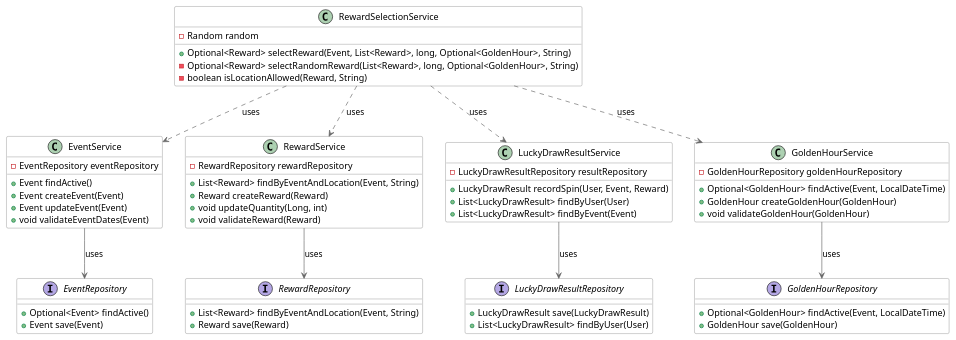
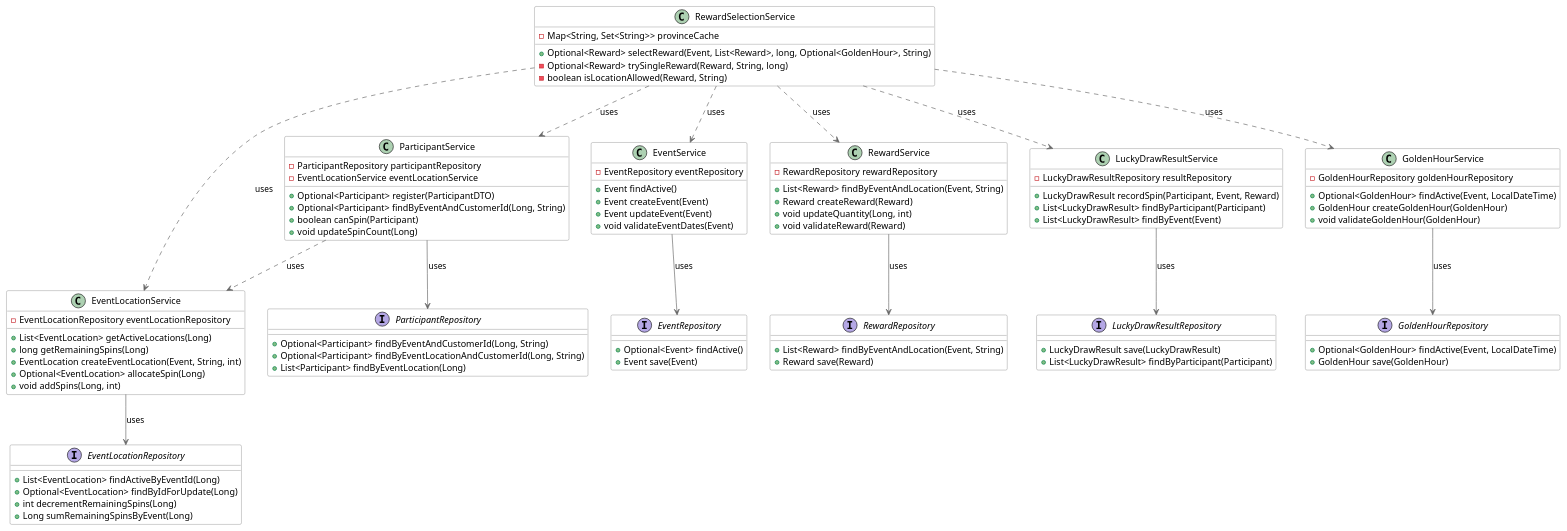
One commit to dnguyenminh/luckydraw-cline changed the diagram in src/main/resources/diagram/services.puml. Above: the diagram before and after it, drawn with PlantUML. The commit also changed 57 other files, not shown here.

```diff
--- a/src/main/resources/diagram/services.puml
+++ b/src/main/resources/diagram/services.puml
@@ -1,79 +1,115 @@
 @startuml Luckydraw Services
 
 ' Style settings
 skinparam class {
     BackgroundColor white
     ArrowColor #666666
     BorderColor #666666
 }
 
 ' Services and Components
 class RewardSelectionService {
-    -Random random
+    -Map<String, Set<String>> provinceCache
     +Optional<Reward> selectReward(Event, List<Reward>, long, Optional<GoldenHour>, String)
-    -Optional<Reward> selectRandomReward(List<Reward>, long, Optional<GoldenHour>, String)
+    -Optional<Reward> trySingleReward(Reward, String, long)
     -boolean isLocationAllowed(Reward, String)
+}
+
+class EventLocationService {
+    -EventLocationRepository eventLocationRepository
+    +List<EventLocation> getActiveLocations(Long)
+    +long getRemainingSpins(Long)
+    +EventLocation createEventLocation(Event, String, int)
+    +Optional<EventLocation> allocateSpin(Long)
+    +void addSpins(Long, int)
+}
+
+class ParticipantService {
+    -ParticipantRepository participantRepository
+    -EventLocationService eventLocationService
+    +Optional<Participant> register(ParticipantDTO)
+    +Optional<Participant> findByEventAndCustomerId(Long, String)
+    +boolean canSpin(Participant)
+    +void updateSpinCount(Long)
 }
 
 class EventService {
     -EventRepository eventRepository
     +Event findActive()
     +Event createEvent(Event)
     +Event updateEvent(Event)
     +void validateEventDates(Event)
 }
 
 class RewardService {
     -RewardRepository rewardRepository
     +List<Reward> findByEventAndLocation(Event, String)
     +Reward createReward(Reward)
     +void updateQuantity(Long, int)
     +void validateReward(Reward)
 }
 
 class LuckyDrawResultService {
     -LuckyDrawResultRepository resultRepository
-    +LuckyDrawResult recordSpin(User, Event, Reward)
-    +List<LuckyDrawResult> findByUser(User)
+    +LuckyDrawResult recordSpin(Participant, Event, Reward)
+    +List<LuckyDrawResult> findByParticipant(Participant)
     +List<LuckyDrawResult> findByEvent(Event)
 }
 
 class GoldenHourService {
     -GoldenHourRepository goldenHourRepository
     +Optional<GoldenHour> findActive(Event, LocalDateTime)
     +GoldenHour createGoldenHour(GoldenHour)
     +void validateGoldenHour(GoldenHour)
 }
 
 interface EventRepository {
     +Optional<Event> findActive()
     +Event save(Event)
 }
 
+interface EventLocationRepository {
+    +List<EventLocation> findActiveByEventId(Long)
+    +Optional<EventLocation> findByIdForUpdate(Long)
+    +int decrementRemainingSpins(Long)
+    +Long sumRemainingSpinsByEvent(Long)
+}
+
+interface ParticipantRepository {
+    +Optional<Participant> findByEventAndCustomerId(Long, String)
+    +Optional<Participant> findByEventLocationAndCustomerId(Long, String)
+    +List<Participant> findByEventLocation(Long)
+}
+
 interface RewardRepository {
     +List<Reward> findByEventAndLocation(Event, String)
     +Reward save(Reward)
 }
 
 interface LuckyDrawResultRepository {
     +LuckyDrawResult save(LuckyDrawResult)
-    +List<LuckyDrawResult> findByUser(User)
+    +List<LuckyDrawResult> findByParticipant(Participant)
 }
 
 interface GoldenHourRepository {
     +Optional<GoldenHour> findActive(Event, LocalDateTime)
     +GoldenHour save(GoldenHour)
 }
 
 ' Relationships
 RewardSelectionService ..> RewardService : uses
 RewardSelectionService ..> EventService : uses
 RewardSelectionService ..> LuckyDrawResultService : uses
 RewardSelectionService ..> GoldenHourService : uses
+RewardSelectionService ..> EventLocationService : uses
+RewardSelectionService ..> ParticipantService : uses
 
+EventLocationService --> EventLocationRepository : uses
+ParticipantService --> ParticipantRepository : uses
+ParticipantService ..> EventLocationService : uses
 EventService --> EventRepository : uses
 RewardService --> RewardRepository : uses
 LuckyDrawResultService --> LuckyDrawResultRepository : uses
 GoldenHourService --> GoldenHourRepository : uses
 
 @enduml
```
